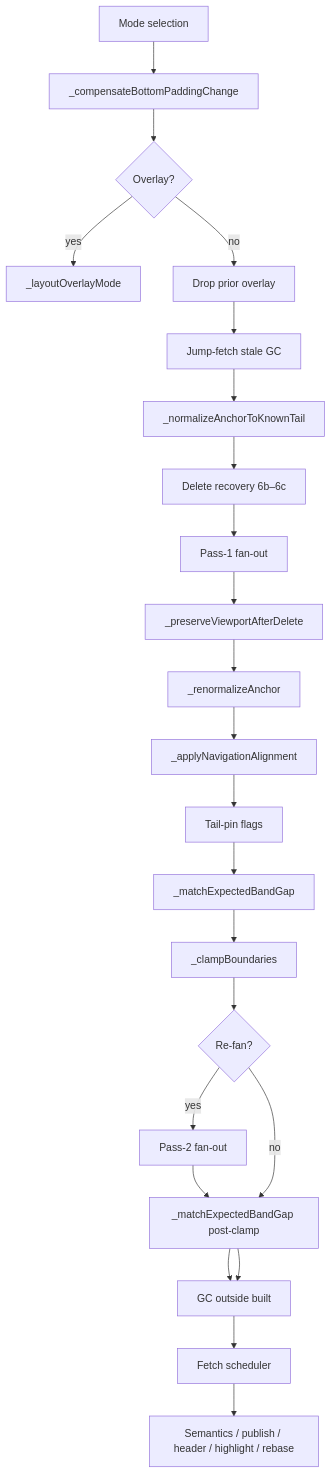
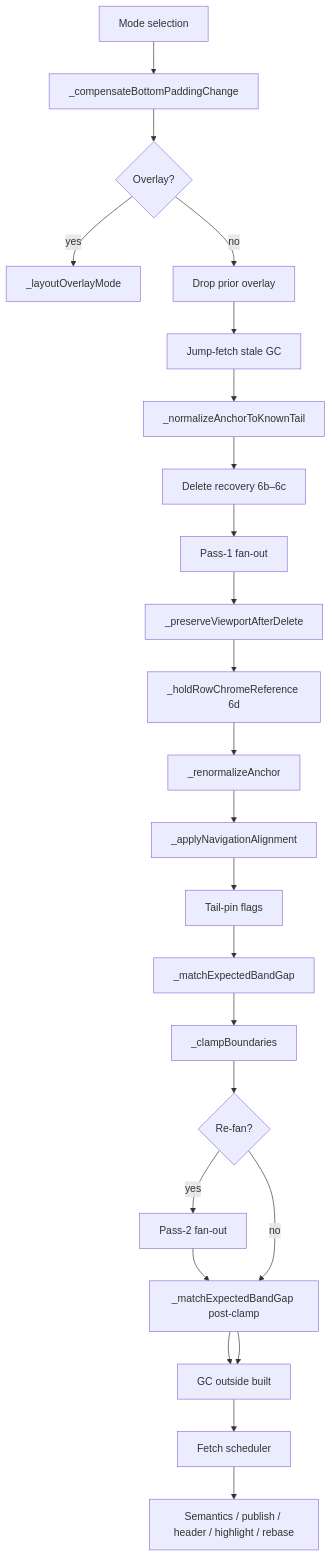
The diagram in docs/architecture/04-layout-pipeline.md (itsezlife/chat_scroll_view), drawn with Mermaid before and after one commit. The commit also changed other lines of this file and 10 other files, not shown here.

````diff
--- a/docs/architecture/04-layout-pipeline.md
+++ b/docs/architecture/04-layout-pipeline.md
@@ -21,31 +21,32 @@
 ```mermaid
 flowchart TB
   Mode[Mode selection]
   Comp[_compensateBottomPaddingChange]
   Overlay{Overlay?}
   OverlayPath[_layoutOverlayMode]
   DropOverlay[Drop prior overlay]
   JumpGC[Jump-fetch stale GC]
   NormTail[_normalizeAnchorToKnownTail]
   DelRec[Delete recovery 6b–6c]
   Fan1[Pass-1 fan-out]
   Preserve[_preserveViewportAfterDelete]
+  Hold[_holdRowChromeReference 6d]
   Renorm[_renormalizeAnchor]
   Align[_applyNavigationAlignment]
   Tail[Tail-pin flags]
   GapMatch[_matchExpectedBandGap]
   Clamp[_clampBoundaries]
   Fan2{Re-fan?}
   Fan2Yes[Pass-2 fan-out]
   GapMatch2[_matchExpectedBandGap post-clamp]
   GC[GC outside built]
   Fetch[Fetch scheduler]
   Pub[Semantics / publish / header / highlight / rebase]
 
   Mode --> Comp --> Overlay
   Overlay -->|yes| OverlayPath
-  Overlay -->|no| DropOverlay --> JumpGC --> NormTail --> DelRec --> Fan1 --> Preserve --> Renorm --> Align --> Tail --> GapMatch --> Clamp --> Fan2
+  Overlay -->|no| DropOverlay --> JumpGC --> NormTail --> DelRec --> Fan1 --> Preserve --> Hold --> Renorm --> Align --> Tail --> GapMatch --> Clamp --> Fan2
   Fan2 -->|yes| Fan2Yes --> GapMatch2 --> GC
   Fan2 -->|no| GapMatch2 --> GC
   GC --> Fetch --> Pub
 ```
````
